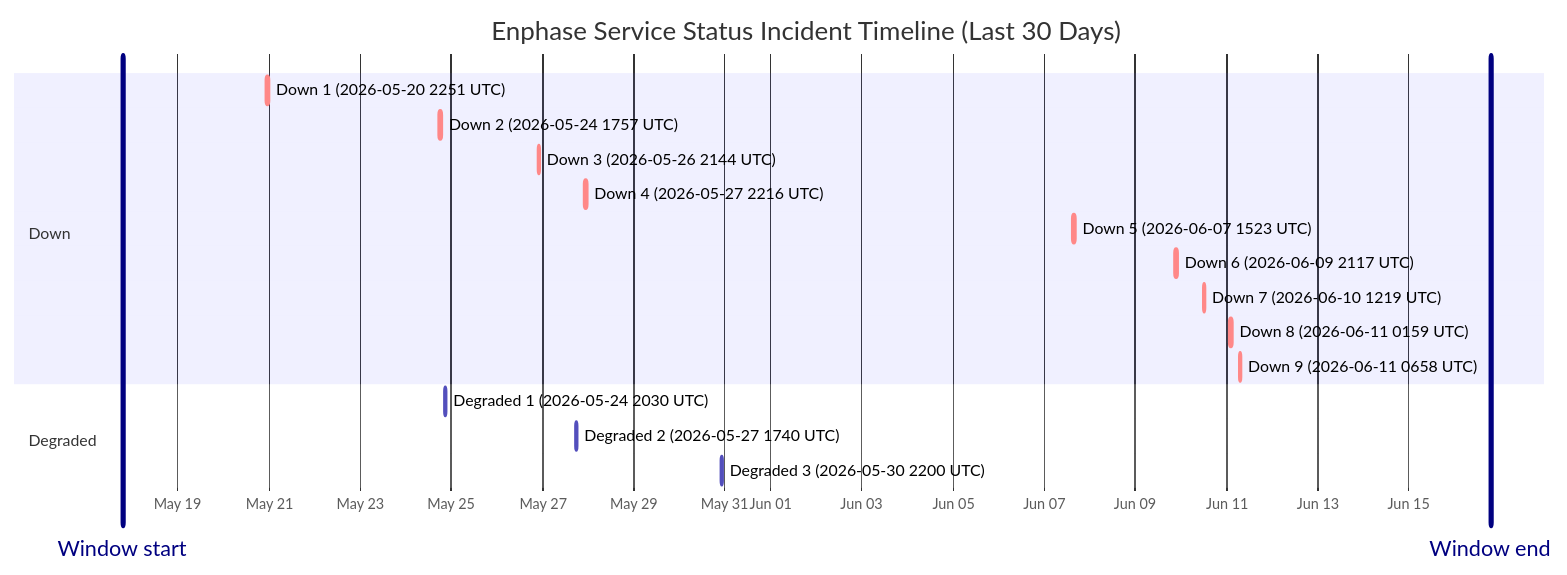
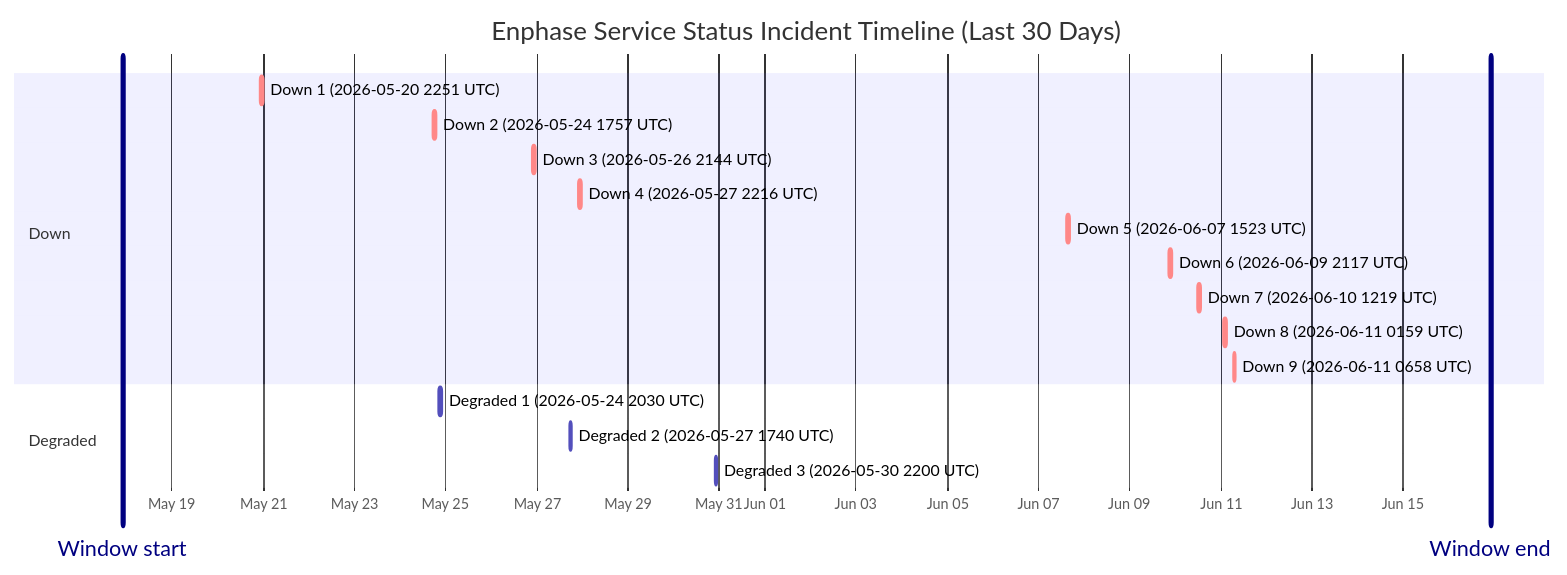
One commit to barneyonline/ha-enphase-energy changed the diagram in wiki/Service-Status-History.md. Above: the diagram before and after it, drawn with Mermaid. The commit also changed other lines of this file and 3 other files, not shown here.

````diff
--- a/wiki/Service-Status-History.md
+++ b/wiki/Service-Status-History.md
@@ -14,22 +14,22 @@
 ```mermaid
 gantt
     title Enphase Service Status Incident Timeline (Last 30 Days)
     dateFormat  YYYY-MM-DDTHH:mm:ss
     axisFormat  %b %d
-    Window start :vert, window-start, 2026-05-17T19:02:03, 0ms
-    Window end :vert, window-end, 2026-06-16T19:02:03, 0ms
+    Window start :vert, window-start, 2026-05-17T21:59:50, 0ms
+    Window end :vert, window-end, 2026-06-16T21:59:50, 0ms
     section Down
     Down 1 (2026-05-20 2251 UTC) :crit, down-1, 2026-05-20T22:51:14, 75m
     Down 2 (2026-05-24 1757 UTC) :crit, down-2, 2026-05-24T17:57:41, 86m
     Down 3 (2026-05-26 2144 UTC) :crit, down-3, 2026-05-26T21:44:11, 85m
     Down 4 (2026-05-27 2216 UTC) :crit, down-4, 2026-05-27T22:16:53, 87m
     Down 5 (2026-06-07 1523 UTC) :crit, down-5, 2026-06-07T15:23:22, 87m
     Down 6 (2026-06-09 2117 UTC) :crit, down-6, 2026-06-09T21:17:17, 60m
     Down 7 (2026-06-10 1219 UTC) :crit, down-7, 2026-06-10T12:19:21, 60m
     Down 8 (2026-06-11 0159 UTC) :crit, down-8, 2026-06-11T01:59:36, 60m
     Down 9 (2026-06-11 0658 UTC) :crit, down-9, 2026-06-11T06:58:45, 60m
     section Degraded
     Degraded 1 (2026-05-24 2030 UTC) :active, degraded-1, 2026-05-24T20:30:57, 84m
     Degraded 2 (2026-05-27 1740 UTC) :active, degraded-2, 2026-05-27T17:40:52, 60m
     Degraded 3 (2026-05-30 2200 UTC) :active, degraded-3, 2026-05-30T22:00:37, 60m
 ```
````
